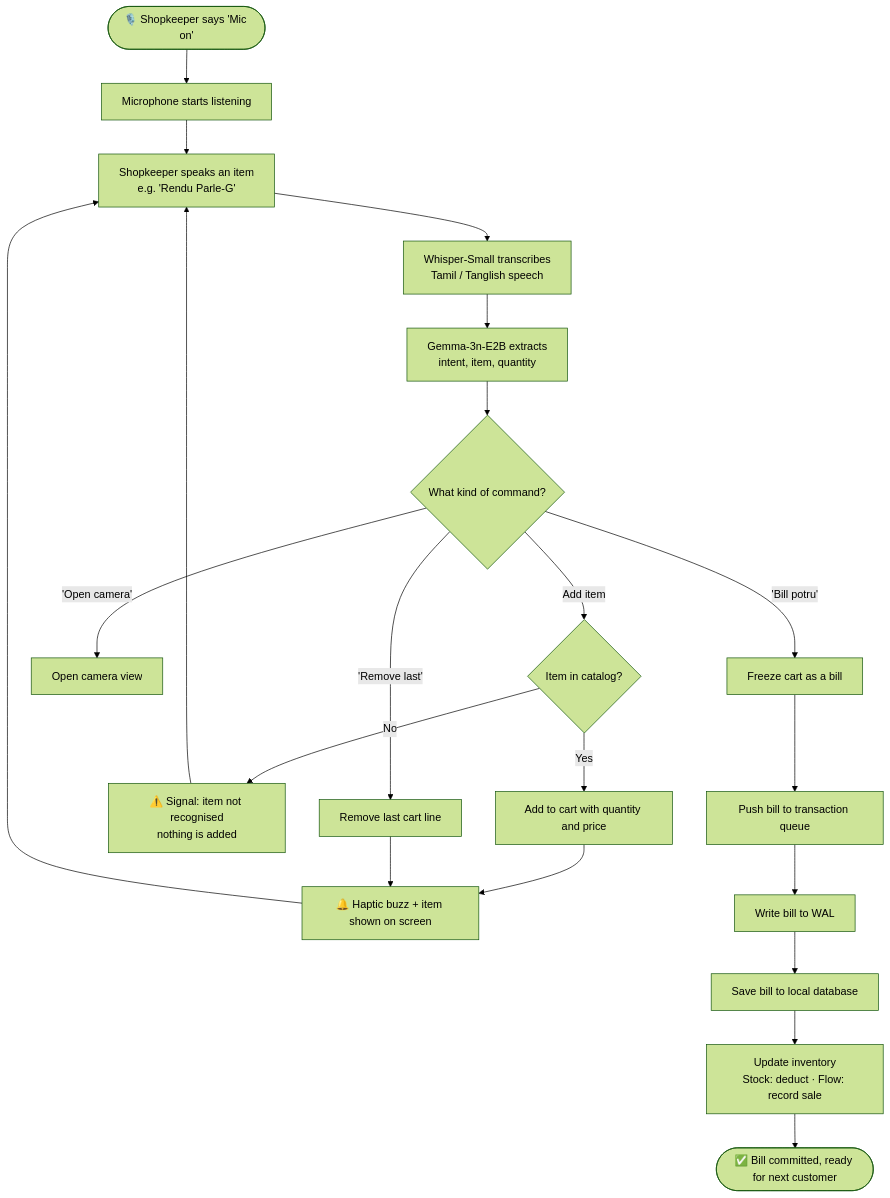
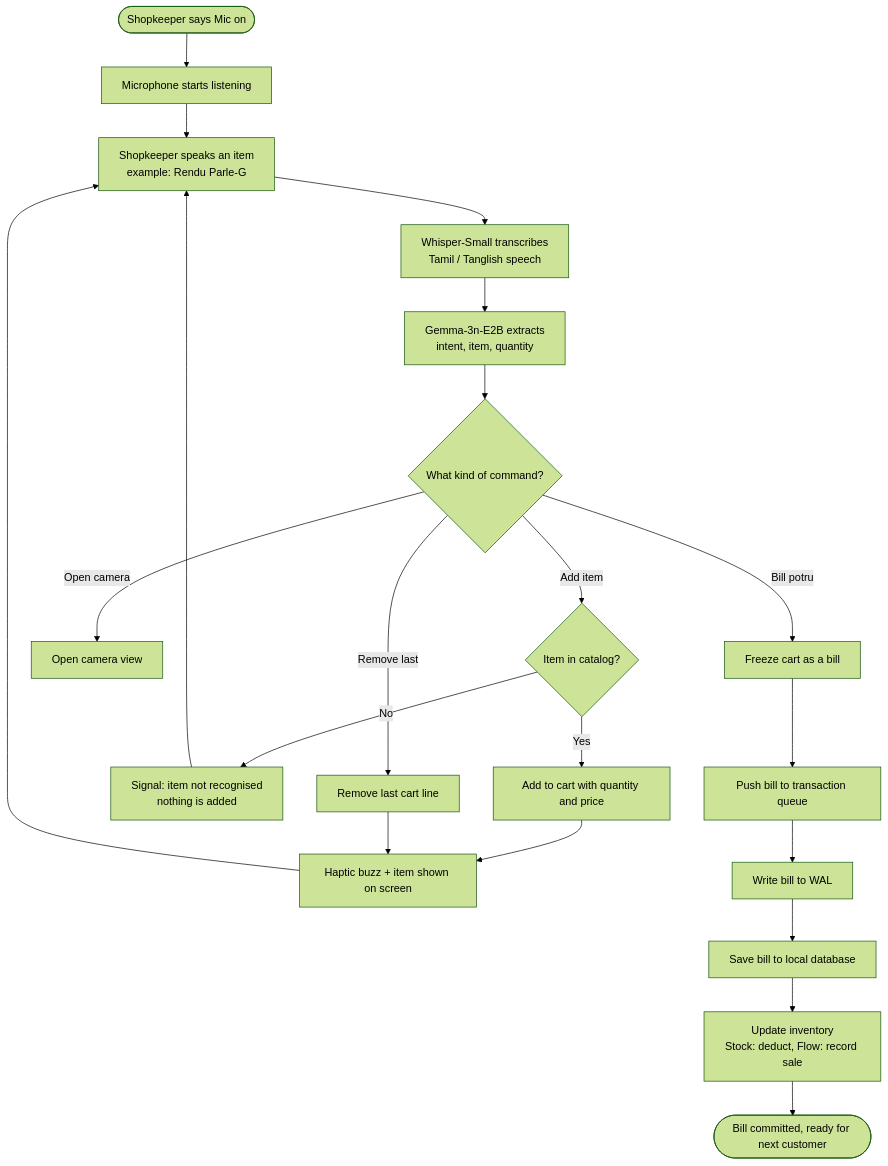
One commit to bowsii/Kirana-Flow changed the third of 7 diagrams in README.md. Above: the diagram before and after it, drawn with Mermaid (forest theme). The commit also changed other lines of this file, not shown here.

````diff
--- a/README.md
+++ b/README.md
@@ -132,28 +140,28 @@
 ```mermaid
 flowchart TD
-    A([🎙️ Shopkeeper says 'Mic on']) --> B[Microphone starts listening]
-    B --> C[Shopkeeper speaks an item<br/>e.g. 'Rendu Parle-G']
-    C --> D[Whisper-Small transcribes<br/>Tamil / Tanglish speech]
-    D --> E[Gemma-3n-E2B extracts<br/>intent, item, quantity]
-    E --> F{What kind of command?}
+    A(["Shopkeeper says Mic on"]) --> B["Microphone starts listening"]
+    B --> C["Shopkeeper speaks an item<br/>example: Rendu Parle-G"]
+    C --> D["Whisper-Small transcribes<br/>Tamil / Tanglish speech"]
+    D --> E["Gemma-3n-E2B extracts<br/>intent, item, quantity"]
+    E --> F{"What kind of command?"}
 
-    F -- Add item --> G{Item in catalog?}
-    G -- Yes --> H[Add to cart with quantity and price]
-    G -- No --> I[⚠️ Signal: item not recognised<br/>nothing is added]
-    H --> J[🔔 Haptic buzz + item shown on screen]
+    F -->|"Add item"| G{"Item in catalog?"}
+    G -->|"Yes"| H["Add to cart with quantity and price"]
+    G -->|"No"| I["Signal: item not recognised<br/>nothing is added"]
+    H --> J["Haptic buzz + item shown on screen"]
 
-    F -- 'Remove last' --> K[Remove last cart line]
+    F -->|"Remove last"| K["Remove last cart line"]
     K --> J
 
-    F -- 'Open camera' --> L[Open camera view]
+    F -->|"Open camera"| L["Open camera view"]
 
-    F -- 'Bill potru' --> M[Freeze cart as a bill]
-    M --> N[Push bill to transaction queue]
-    N --> O[Write bill to WAL]
-    O --> P[Save bill to local database]
-    P --> Q[Update inventory<br/>Stock: deduct · Flow: record sale]
-    Q --> R([✅ Bill committed, ready for next customer])
+    F -->|"Bill potru"| M["Freeze cart as a bill"]
+    M --> N["Push bill to transaction queue"]
+    N --> O["Write bill to WAL"]
+    O --> P["Save bill to local database"]
+    P --> Q["Update inventory<br/>Stock: deduct, Flow: record sale"]
+    Q --> R(["Bill committed, ready for next customer"])
 
     J --> C
     I --> C
 ```
````
